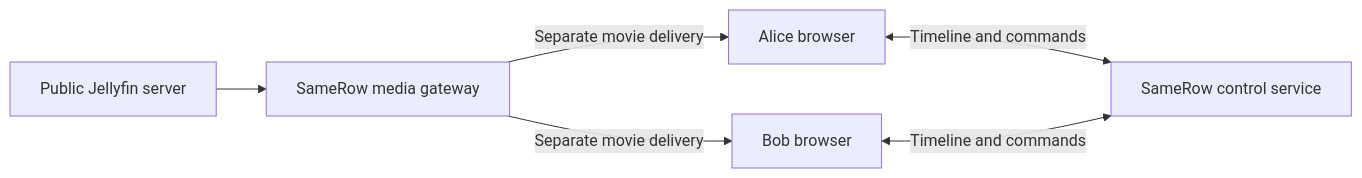
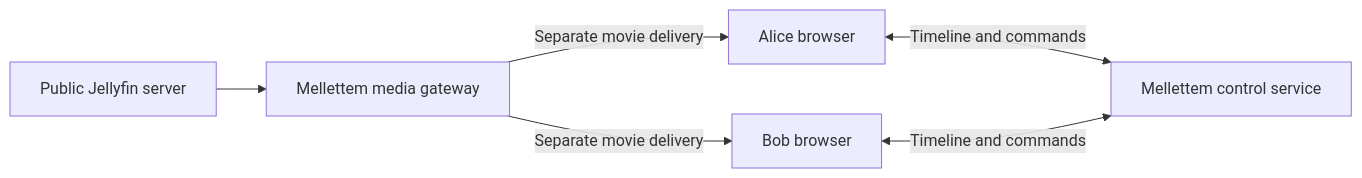
Before and after one commit to devpratyushh/Samerow-V2: the first of 2 diagrams in docs/media-architecture.md, drawn with Mermaid. The commit also changed other lines of this file and 103 other files, not shown here.

Commit message:
Rebrand as Mellettem and show Jellyfin relay uptime

````diff
--- a/docs/media-architecture.md
+++ b/docs/media-architecture.md
@@ -40,8 +40,8 @@
 ```mermaid
 flowchart LR
-    Jellyfin[Public Jellyfin server] --> Gateway[SameRow media gateway]
+    Jellyfin[Public Jellyfin server] --> Gateway[Mellettem media gateway]
     Gateway -->|Separate movie delivery| Alice[Alice browser]
     Gateway -->|Separate movie delivery| Bob[Bob browser]
-    Alice <-->|Timeline and commands| Control[SameRow control service]
+    Alice <-->|Timeline and commands| Control[Mellettem control service]
     Bob <-->|Timeline and commands| Control
 ```
````
